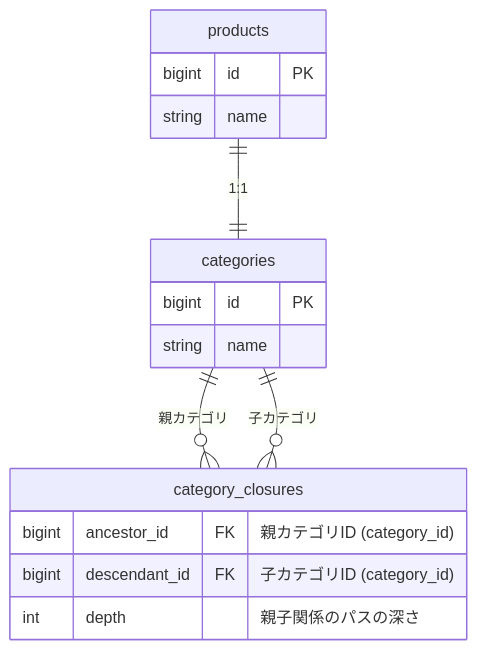
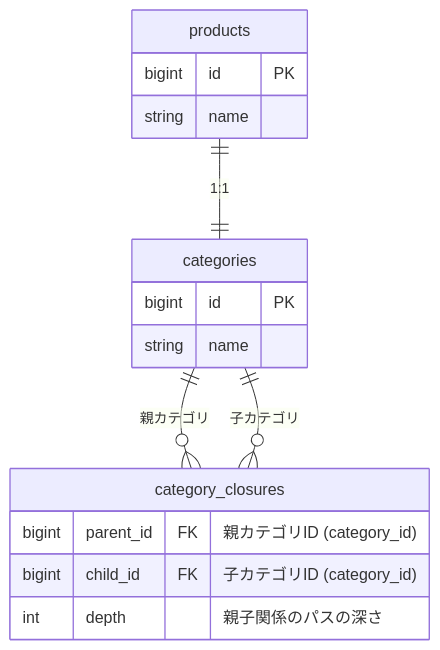
The second of 11 diagrams in README.md (kuroweb/price-monitoring), drawn with Mermaid before and after one commit.

````diff
--- a/README.md
+++ b/README.md
@@ -68,20 +68,20 @@
 ```mermaid
 erDiagram
   products {
     bigint id PK
     string name
   }
   categories {
     bigint id PK
     string name
   }
   category_closures {
-    bigint ancestor_id FK "親カテゴリID (category_id)"
-    bigint descendant_id FK "子カテゴリID (category_id)"
+    bigint parent_id FK "親カテゴリID (category_id)"
+    bigint child_id FK "子カテゴリID (category_id)"
     int depth "親子関係のパスの深さ"
   }
 
   products ||--|| categories : "1:1"
   categories ||--o{ category_closures : "親カテゴリ"
   categories ||--o{ category_closures : "子カテゴリ"
 ```
````
